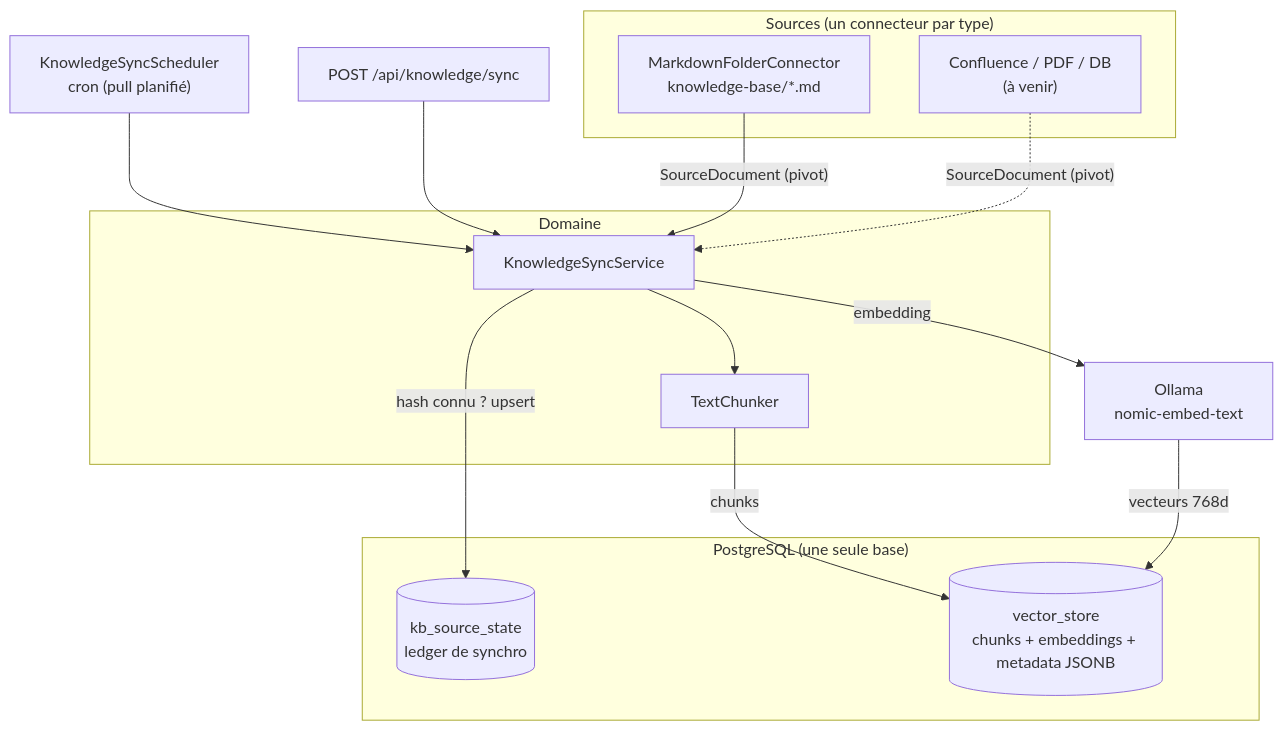
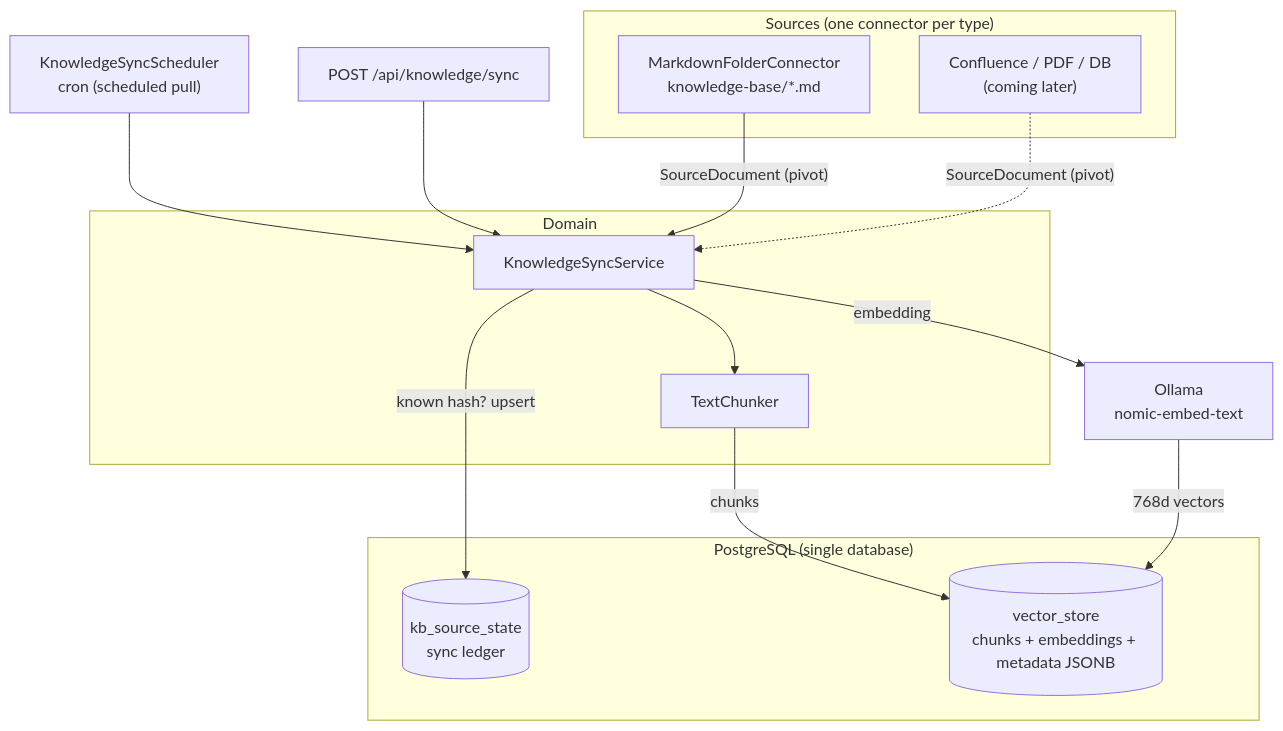
Before and after one commit to tgrimaud/V2V: the third of 3 diagrams in docs/architecture/architecture.md, drawn with Mermaid. The commit also changed other lines of this file and 14 other files, not shown here.

````diff
--- a/docs/architecture/architecture.md
+++ b/docs/architecture/architecture.md
@@ -369,31 +376,31 @@
 ```mermaid
 graph TB
-    subgraph sources ["Sources (un connecteur par type)"]
+    subgraph sources ["Sources (one connector per type)"]
         MD["MarkdownFolderConnector<br/>knowledge-base/*.md"]
-        FUT["Confluence / PDF / DB<br/>(à venir)"]
+        FUT["Confluence / PDF / DB<br/>(coming later)"]
     end
 
-    subgraph domain ["Domaine"]
+    subgraph domain ["Domain"]
         SYNC["KnowledgeSyncService"]
         CHUNK["TextChunker"]
     end
 
-    subgraph store ["PostgreSQL (une seule base)"]
-        LEDGER[("kb_source_state<br/>ledger de synchro")]
+    subgraph store ["PostgreSQL (single database)"]
+        LEDGER[("kb_source_state<br/>sync ledger")]
         VEC[("vector_store<br/>chunks + embeddings + metadata JSONB")]
     end
 
     OLLAMA["Ollama<br/>nomic-embed-text"]
-    SCHED["KnowledgeSyncScheduler<br/>cron (pull planifié)"]
+    SCHED["KnowledgeSyncScheduler<br/>cron (scheduled pull)"]
     REST["POST /api/knowledge/sync"]
 
     SCHED --> SYNC
     REST --> SYNC
     MD -->|"SourceDocument (pivot)"| SYNC
     FUT -.->|"SourceDocument (pivot)"| SYNC
-    SYNC -->|"hash connu ? upsert"| LEDGER
+    SYNC -->|"known hash? upsert"| LEDGER
     SYNC --> CHUNK
     CHUNK -->|"chunks"| VEC
     SYNC -->|"embedding"| OLLAMA
-    OLLAMA -->|"vecteurs 768d"| VEC
+    OLLAMA -->|"768d vectors"| VEC
 ```
````
